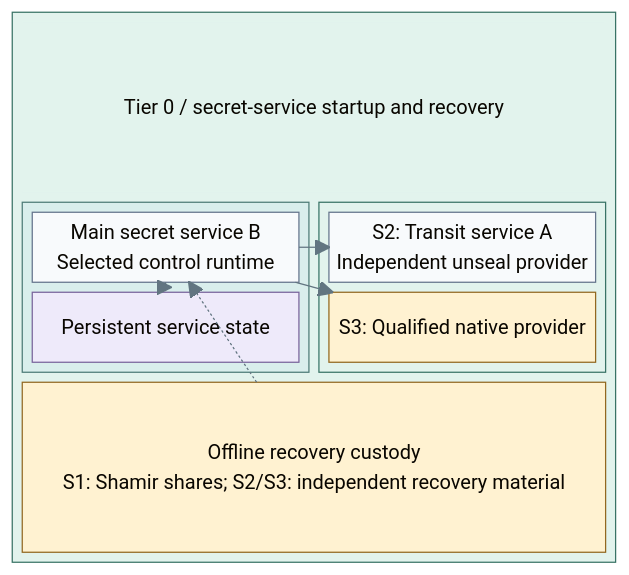
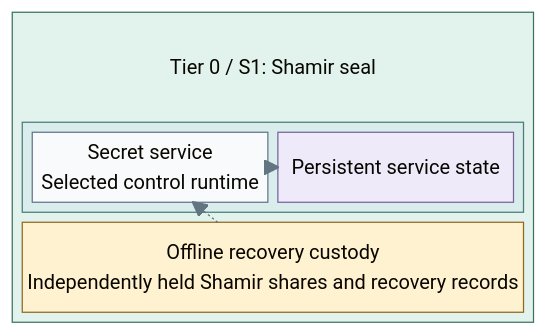
One commit to Rexus/homelab changed the first of 2 diagrams in docs/01-architecture/08-cryptography/06-vault-seal.md. Above: the diagram before and after it, drawn with Mermaid. The commit also changed other lines of this file and 279 other files, not shown here.

````diff
--- a/docs/01-architecture/08-cryptography/06-vault-seal.md
+++ b/docs/01-architecture/08-cryptography/06-vault-seal.md
@@ -52,35 +19,28 @@
 ```mermaid
 %%{init: {"theme":"base","flowchart":{"nodeSpacing":20,"rankSpacing":24,"padding":12,"subGraphTitleMargin":{"top":4,"bottom":12}},"themeVariables":{"lineColor":"#627581","edgeLabelBackground":"#f8fafc"}}}%%
 block-beta
   columns 1
   block:T0
-    columns 2
-    T0Title["Tier 0 / secret-service startup and recovery"]:2
+    columns 1
+    T0Title["Tier 0 / S1: Shamir seal"]
     block:Runtime
-      columns 1
-      B["Main secret service B<br/>Selected control runtime"]
+      columns 2
+      B["Secret service<br/>Selected control runtime"]
       Data["Persistent service state"]
     end
-    block:Provider
-      columns 1
-      A["S2: Transit service A<br/>Independent unseal provider"]
-      Hardware["S3: Qualified native provider"]
-    end
-    Custody["Offline recovery custody<br/>S1: Shamir shares; S2/S3: independent recovery material"]:2
+    Custody["Offline recovery custody<br/>Independently held Shamir shares and recovery records"]
   end
   B --> Data
-  B --> A
-  B --> Hardware
   Custody -.-> B
   classDef default fill:#f8fafc,stroke:#64748b,color:#1f2937
   classDef control fill:#e2f3ed,stroke:#397366,color:#173f36
   classDef controlHeading fill:#e2f3ed,stroke:#e2f3ed,color:#173f36
   classDef runtime fill:#d9eeec,stroke:#4d7b77,color:#173f3e
   classDef data fill:#eeeafa,stroke:#78639b,color:#42325d
   classDef custody fill:#fff2d1,stroke:#926820,color:#584013
-  class T0,Provider control
+  class T0 control
   class T0Title controlHeading
   class Runtime runtime
   class Data data
-  class Custody,Hardware custody
+  class Custody custody
 ```
````
